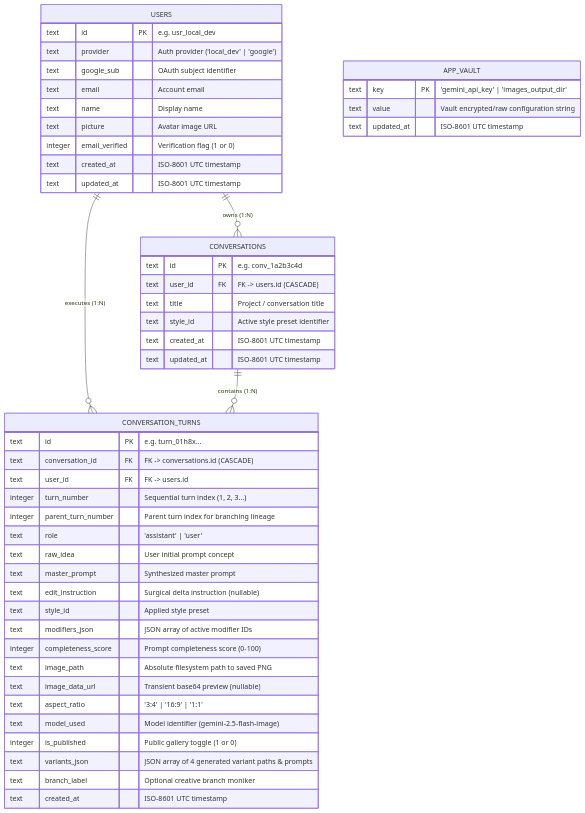
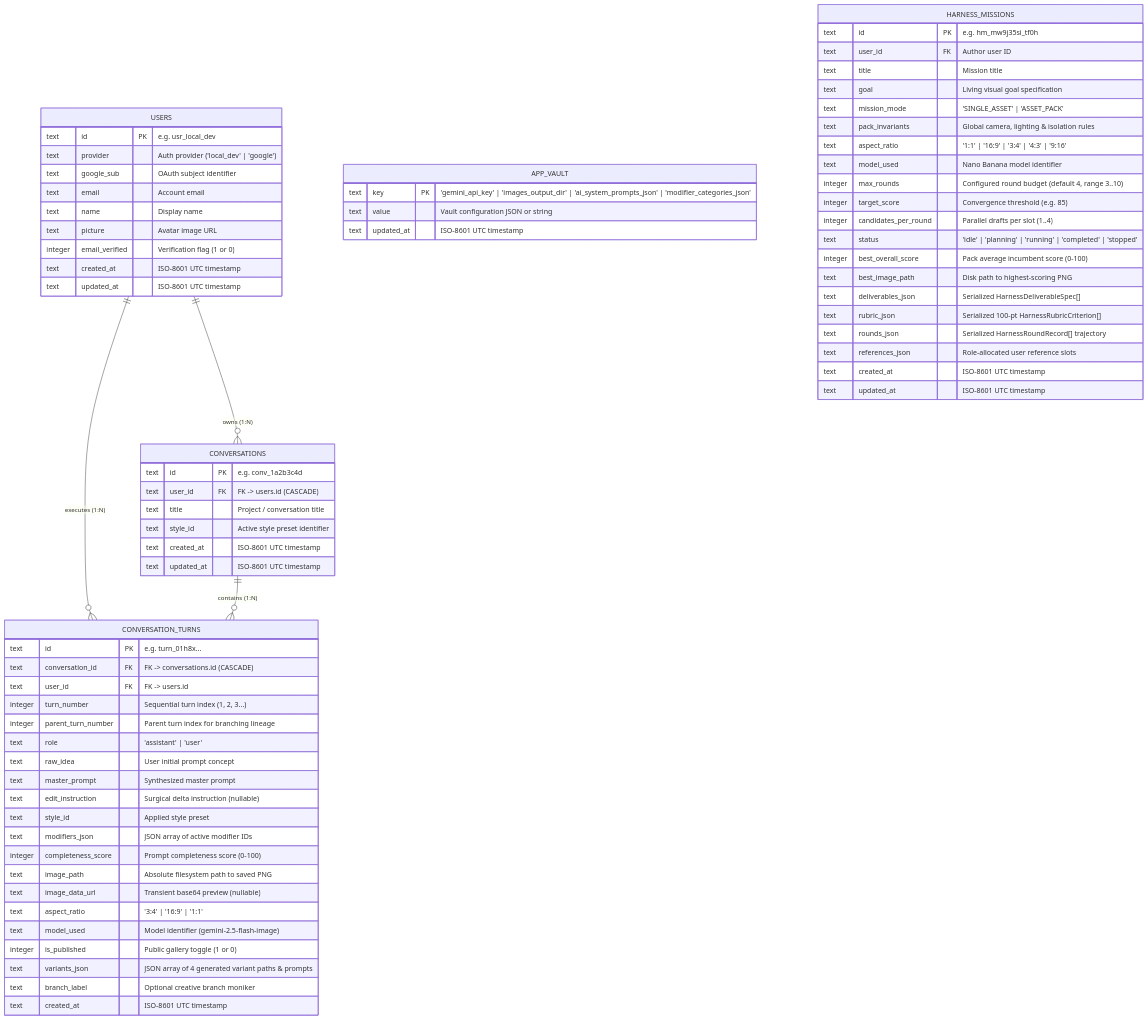
One commit to vitorecomp/nanobanana-harness changed the diagram in docs/data-models.md. Above: the diagram before and after it, drawn with Mermaid. The commit also changed 27 other files, not shown here.

````diff
--- a/docs/data-models.md
+++ b/docs/data-models.md
@@ -9,56 +9,79 @@
 ```mermaid
 erDiagram
     USERS ||--o{ CONVERSATIONS : "owns (1:N)"
     USERS ||--o{ CONVERSATION_TURNS : "executes (1:N)"
     CONVERSATIONS ||--o{ CONVERSATION_TURNS : "contains (1:N)"
 
     USERS {
         text id PK "e.g. usr_local_dev"
         text provider "Auth provider ('local_dev' | 'google')"
         text google_sub "OAuth subject identifier"
         text email "Account email"
         text name "Display name"
         text picture "Avatar image URL"
         integer email_verified "Verification flag (1 or 0)"
         text created_at "ISO-8601 UTC timestamp"
         text updated_at "ISO-8601 UTC timestamp"
     }
 
     CONVERSATIONS {
         text id PK "e.g. conv_1a2b3c4d"
         text user_id FK "FK -> users.id (CASCADE)"
         text title "Project / conversation title"
         text style_id "Active style preset identifier"
         text created_at "ISO-8601 UTC timestamp"
         text updated_at "ISO-8601 UTC timestamp"
     }
 
     CONVERSATION_TURNS {
         text id PK "e.g. turn_01h8x..."
         text conversation_id FK "FK -> conversations.id (CASCADE)"
         text user_id FK "FK -> users.id"
         integer turn_number "Sequential turn index (1, 2, 3...)"
         integer parent_turn_number "Parent turn index for branching lineage"
         text role "'assistant' | 'user'"
         text raw_idea "User initial prompt concept"
         text master_prompt "Synthesized master prompt"
         text edit_instruction "Surgical delta instruction (nullable)"
         text style_id "Applied style preset"
         text modifiers_json "JSON array of active modifier IDs"
         integer completeness_score "Prompt completeness score (0-100)"
         text image_path "Absolute filesystem path to saved PNG"
         text image_data_url "Transient base64 preview (nullable)"
         text aspect_ratio "'3:4' | '16:9' | '1:1'"
         text model_used "Model identifier (gemini-2.5-flash-image)"
         integer is_published "Public gallery toggle (1 or 0)"
         text variants_json "JSON array of 4 generated variant paths & prompts"
         text branch_label "Optional creative branch moniker"
         text created_at "ISO-8601 UTC timestamp"
     }
 
     APP_VAULT {
-        text key PK "'gemini_api_key' | 'images_output_dir'"
-        text value "Vault encrypted/raw configuration string"
+        text key PK "'gemini_api_key' | 'images_output_dir' | 'ai_system_prompts_json' | 'modifier_categories_json'"
+        text value "Vault configuration JSON or string"
+        text updated_at "ISO-8601 UTC timestamp"
+    }
+
+    HARNESS_MISSIONS {
+        text id PK "e.g. hm_mw9j35si_tf0h"
+        text user_id FK "Author user ID"
+        text title "Mission title"
+        text goal "Living visual goal specification"
+        text mission_mode "'SINGLE_ASSET' | 'ASSET_PACK'"
+        text pack_invariants "Global camera, lighting & isolation rules"
+        text aspect_ratio "'1:1' | '16:9' | '3:4' | '4:3' | '9:16'"
+        text model_used "Nano Banana model identifier"
+        integer max_rounds "Configured round budget (default 4, range 3..10)"
+        integer target_score "Convergence threshold (e.g. 85)"
+        integer candidates_per_round "Parallel drafts per slot (1..4)"
+        text status "'idle' | 'planning' | 'running' | 'completed' | 'stopped'"
+        integer best_overall_score "Pack average incumbent score (0-100)"
+        text best_image_path "Disk path to highest-scoring PNG"
+        text deliverables_json "Serialized HarnessDeliverableSpec[]"
+        text rubric_json "Serialized 100-pt HarnessRubricCriterion[]"
+        text rounds_json "Serialized HarnessRoundRecord[] trajectory"
+        text references_json "Role-allocated user reference slots"
+        text created_at "ISO-8601 UTC timestamp"
         text updated_at "ISO-8601 UTC timestamp"
     }
 ```
````
